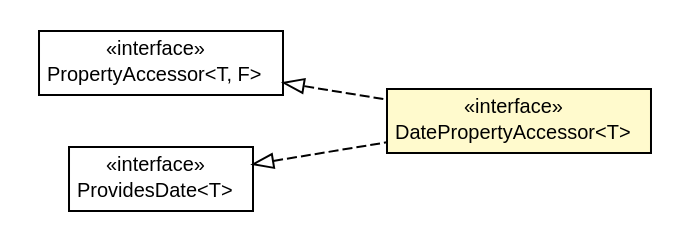
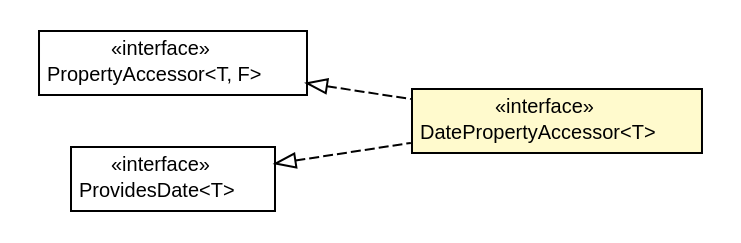
Before and after one commit to growbit/turbogwt-databind: the diagram in javadoc/apidocs/org/turbogwt/mvp/databind/client/property/DatePropertyAccessor.dot, drawn with Graphviz. The commit also changed 144 other files, not shown here.

```diff
--- a/javadoc/apidocs/org/turbogwt/mvp/databind/client/property/DatePropertyAccessor.dot
+++ b/javadoc/apidocs/org/turbogwt/mvp/databind/client/property/DatePropertyAccessor.dot
@@ -1,38 +1,38 @@
 #!/usr/local/bin/dot
 #
 # Class diagram 
 # Generated by UMLGraph version R5_6-24-gf6e263 (http://www.umlgraph.org/)
 #
 
 digraph G {
-	edge [fontname="arial",fontsize=10,labelfontname="arial",labelfontsize=10];
-	node [fontname="arial",fontsize=10,shape=plaintext];
+	edge [fontname="Helvetica",fontsize=10,labelfontname="Helvetica",labelfontsize=10];
+	node [fontname="Helvetica",fontsize=10,shape=plaintext];
 	nodesep=0.25;
 	ranksep=0.5;
 	rankdir=LR;
 	// org.turbogwt.mvp.databind.client.property.PropertyAccessor<T, F>
-	c499 [label=<<table title="org.turbogwt.mvp.databind.client.property.PropertyAccessor" border="0" cellborder="1" cellspacing="0" cellpadding="2" port="p" href="./PropertyAccessor.html">
+	c501 [label=<<table title="org.turbogwt.mvp.databind.client.property.PropertyAccessor" border="0" cellborder="1" cellspacing="0" cellpadding="2" port="p" href="./PropertyAccessor.html">
 		<tr><td><table border="0" cellspacing="0" cellpadding="1">
 <tr><td align="center" balign="center"> &#171;interface&#187; </td></tr>
 <tr><td align="center" balign="center"> PropertyAccessor&lt;T, F&gt; </td></tr>
 		</table></td></tr>
-		</table>>, URL="./PropertyAccessor.html", fontname="arial", fontcolor="black", fontsize=10.0];
+		</table>>, URL="./PropertyAccessor.html", fontname="Helvetica", fontcolor="black", fontsize=10.0];
 	// org.turbogwt.mvp.databind.client.property.DatePropertyAccessor<T>
-	c501 [label=<<table title="org.turbogwt.mvp.databind.client.property.DatePropertyAccessor" border="0" cellborder="1" cellspacing="0" cellpadding="2" port="p" bgcolor="lemonChiffon" href="./DatePropertyAccessor.html">
+	c502 [label=<<table title="org.turbogwt.mvp.databind.client.property.DatePropertyAccessor" border="0" cellborder="1" cellspacing="0" cellpadding="2" port="p" bgcolor="lemonChiffon" href="./DatePropertyAccessor.html">
 		<tr><td><table border="0" cellspacing="0" cellpadding="1">
 <tr><td align="center" balign="center"> &#171;interface&#187; </td></tr>
 <tr><td align="center" balign="center"> DatePropertyAccessor&lt;T&gt; </td></tr>
 		</table></td></tr>
-		</table>>, URL="./DatePropertyAccessor.html", fontname="arial", fontcolor="black", fontsize=10.0];
+		</table>>, URL="./DatePropertyAccessor.html", fontname="Helvetica", fontcolor="black", fontsize=10.0];
 	//org.turbogwt.mvp.databind.client.property.DatePropertyAccessor<T> implements org.turbogwt.mvp.databind.client.property.PropertyAccessor<T, F>
-	c499:p -> c501:p [dir=back,arrowtail=empty,style=dashed];
+	c501:p -> c502:p [dir=back,arrowtail=empty,style=dashed];
 	//org.turbogwt.mvp.databind.client.property.DatePropertyAccessor<T> implements org.turbogwt.core.providers.client.ProvidesDate<T>
-	c511:p -> c501:p [dir=back,arrowtail=empty,style=dashed];
+	c511:p -> c502:p [dir=back,arrowtail=empty,style=dashed];
 	// org.turbogwt.core.providers.client.ProvidesDate<T>
 	c511 [label=<<table title="org.turbogwt.core.providers.client.ProvidesDate" border="0" cellborder="1" cellspacing="0" cellpadding="2" port="p">
 		<tr><td><table border="0" cellspacing="0" cellpadding="1">
 <tr><td align="center" balign="center"> &#171;interface&#187; </td></tr>
 <tr><td align="center" balign="center"> ProvidesDate&lt;T&gt; </td></tr>
 		</table></td></tr>
-		</table>>, URL="null", fontname="arial", fontcolor="black", fontsize=10.0];
+		</table>>, URL="null", fontname="Helvetica", fontcolor="black", fontsize=10.0];
 }
```
